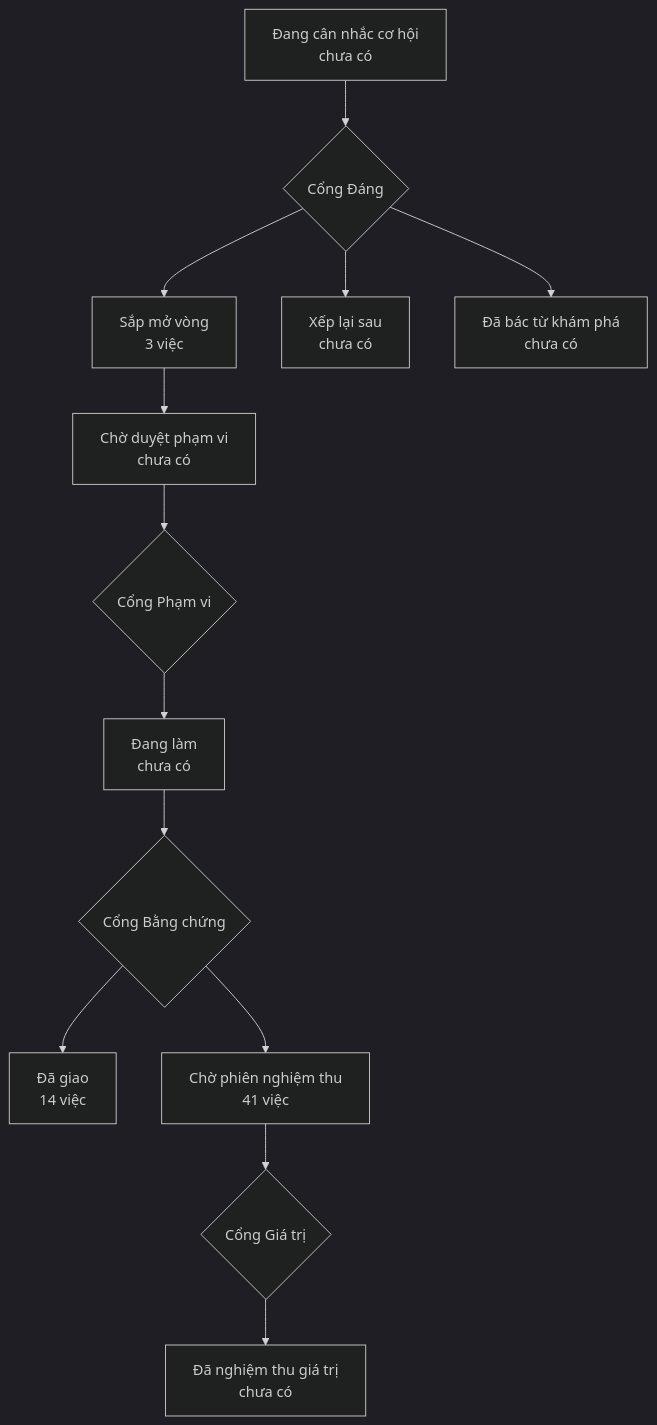
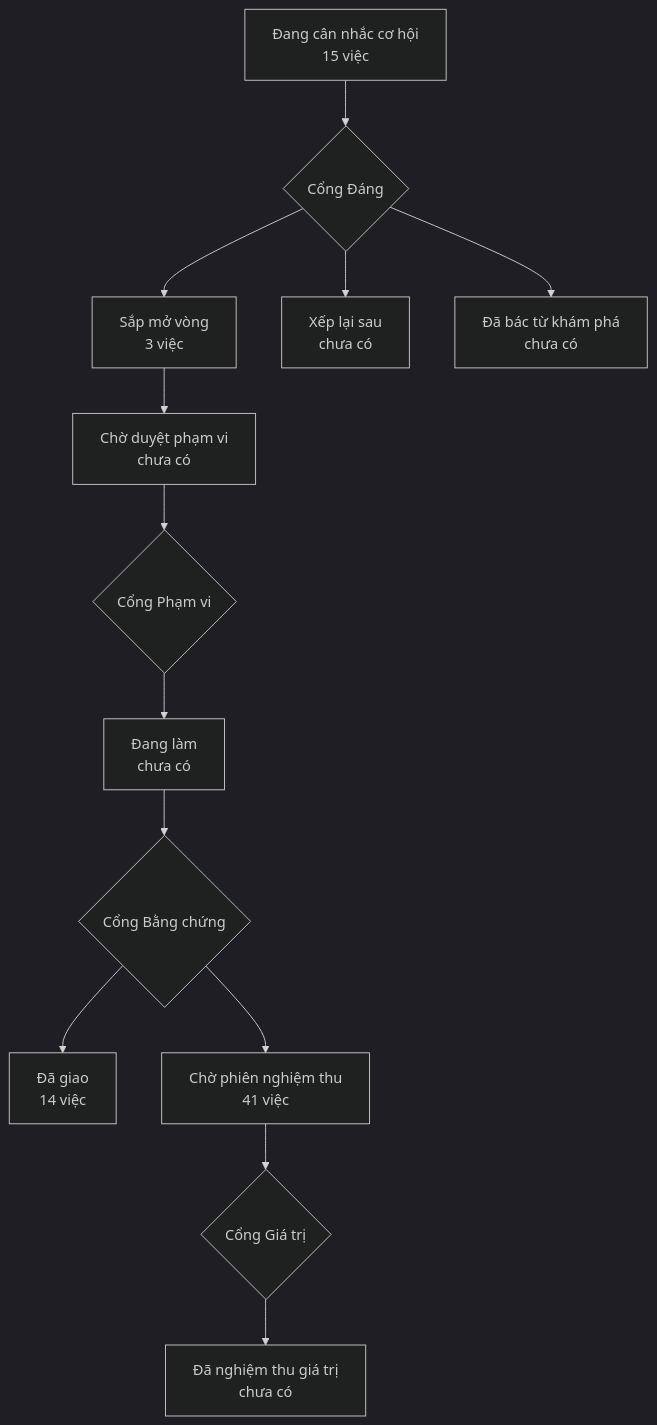
Before and after one commit to phanlemanh/onehub-quy-hang: the diagram in PRODUCT-MAP.md, drawn with Mermaid (dark theme). The commit also changed other lines of this file and 36 other files, not shown here.

First line of the commit message:
chore(dieu-phoi): gói đợt dau-khach-nhap và 15 ô Cổng Đáng chờ ký

````diff
--- a/PRODUCT-MAP.md
+++ b/PRODUCT-MAP.md
@@ -7,12 +7,12 @@
 ```mermaid
 flowchart TD
-  A["Đang cân nhắc cơ hội<br/>chưa có"] --> GD{"Cổng Đáng"}
+  A["Đang cân nhắc cơ hội<br/>15 việc"] --> GD{"Cổng Đáng"}
   GD --> B["Sắp mở vòng<br/>3 việc"]
   GD --> XL["Xếp lại sau<br/>chưa có"]
   GD --> DB["Đã bác từ khám phá<br/>chưa có"]
   B --> CD["Chờ duyệt phạm vi<br/>chưa có"] --> GP{"Cổng Phạm vi"}
   GP --> DL["Đang làm<br/>chưa có"] --> GB{"Cổng Bằng chứng"}
   GB --> DG["Đã giao<br/>14 việc"]
   GB --> CN["Chờ phiên nghiệm thu<br/>41 việc"] --> GG{"Cổng Giá trị"}
   GG --> NT["Đã nghiệm thu giá trị<br/>chưa có"]
 ```
````
